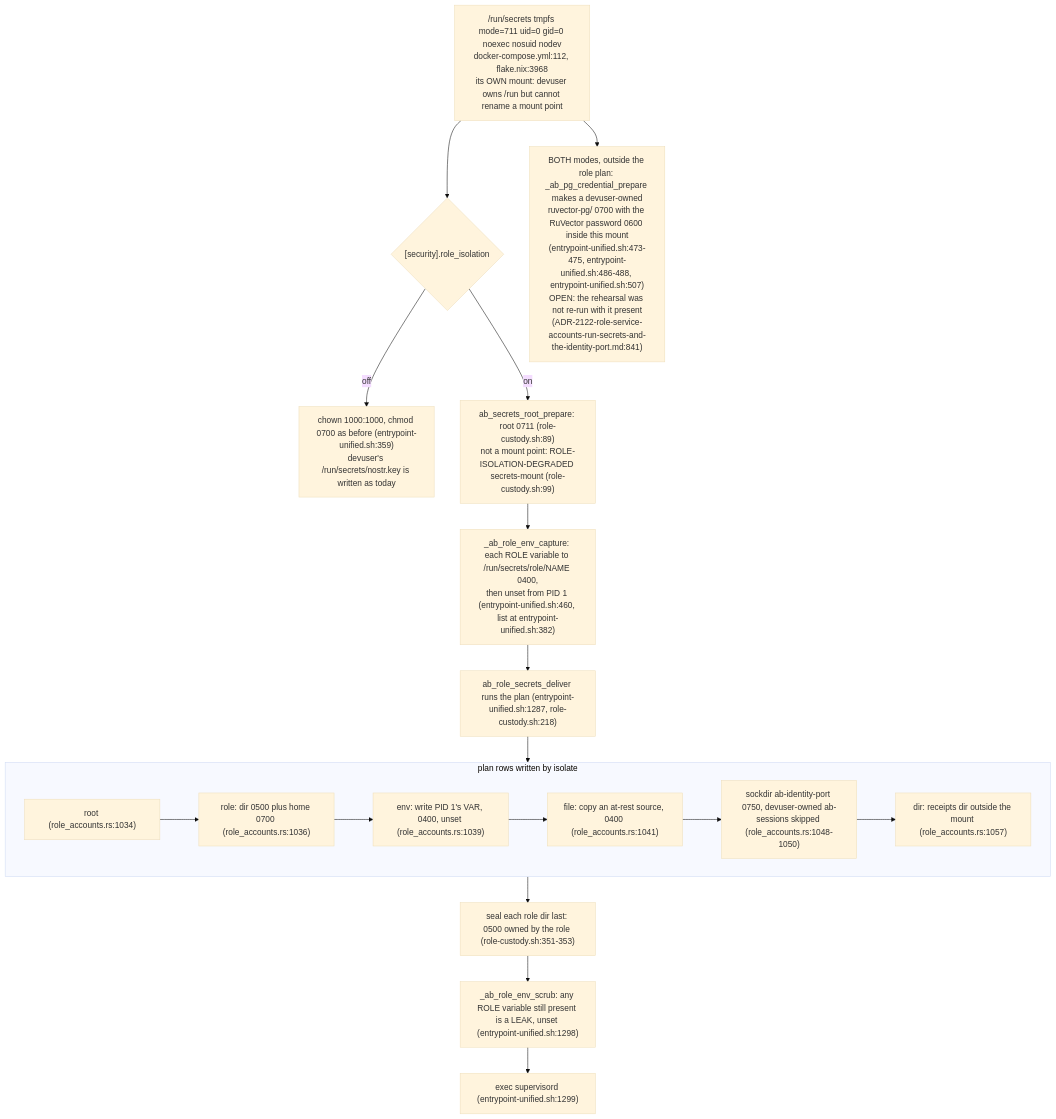
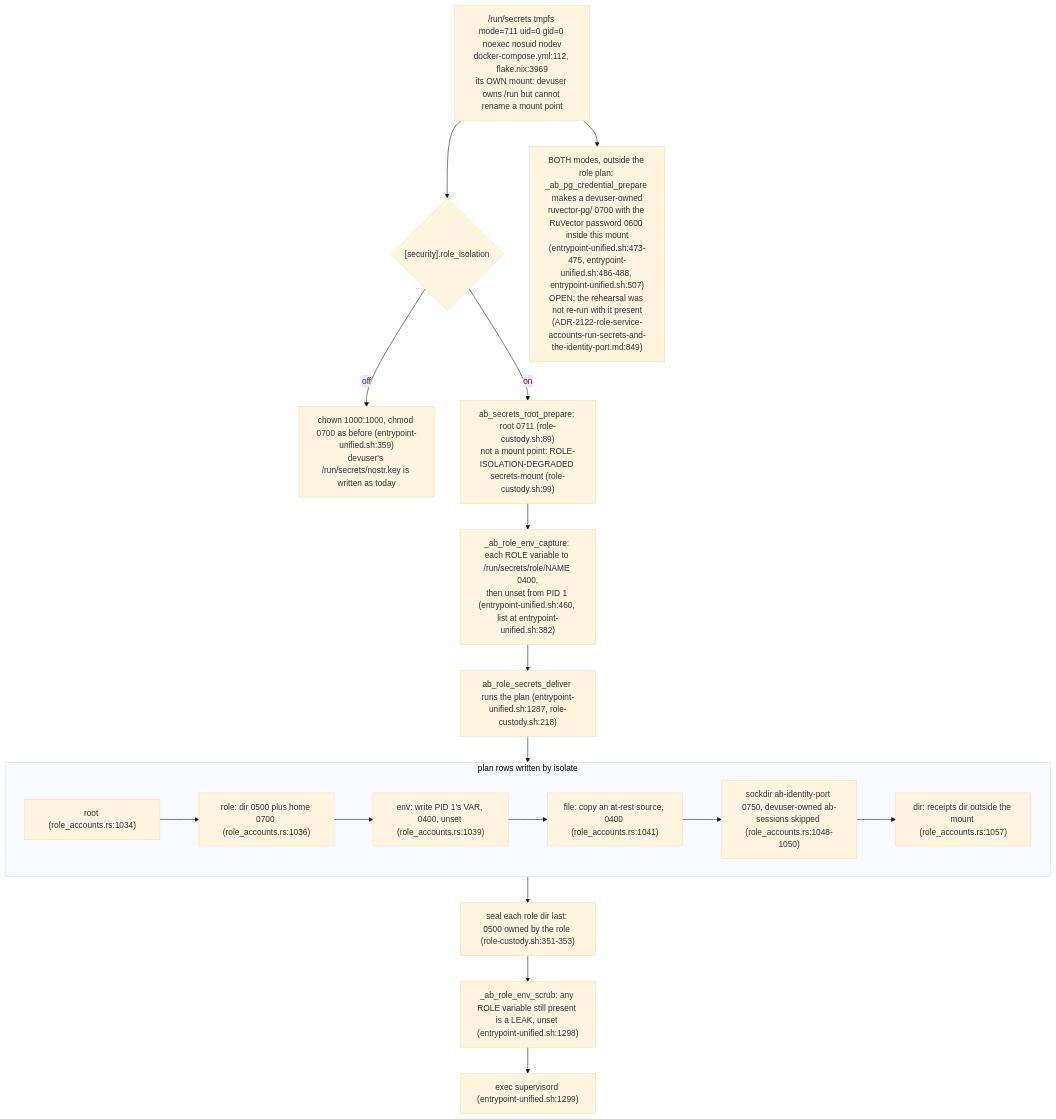
The third of 7 diagrams in docs/diagrams/agentbox/36-role-isolation-and-identity-port.md (DreamLab-AI/VisionFlow), drawn with Mermaid (base theme) before and after one commit. The commit also changed other lines of this file and 7 other files, not shown here.

First line of the commit message:
diagrams(agentbox): re-verify AB-36..AB-43 at agentbox 59b1aca

````diff
--- a/docs/diagrams/agentbox/36-role-isolation-and-identity-port.md
+++ b/docs/diagrams/agentbox/36-role-isolation-and-identity-port.md
@@ -129,23 +129,23 @@
 ```mermaid
 flowchart TB
-    MNT["/run/secrets tmpfs mode=711 uid=0 gid=0 noexec nosuid nodev<br/>docker-compose.yml:112, flake.nix:3968<br/>its OWN mount: devuser owns /run but cannot rename a mount point"]
+    MNT["/run/secrets tmpfs mode=711 uid=0 gid=0 noexec nosuid nodev<br/>docker-compose.yml:112, flake.nix:3969<br/>its OWN mount: devuser owns /run but cannot rename a mount point"]
     MNT --> MODE{"[security].role_isolation"}
     MODE -->|"off"| OFF["chown 1000:1000, chmod 0700 as before (entrypoint-unified.sh:359)<br/>devuser's /run/secrets/nostr.key is written as today"]
     MODE -->|"on"| PREP["ab_secrets_root_prepare: root 0711 (role-custody.sh:89)<br/>not a mount point: ROLE-ISOLATION-DEGRADED secrets-mount (role-custody.sh:99)"]
     PREP --> CAP["_ab_role_env_capture: each ROLE variable to /run/secrets/role/NAME 0400,<br/>then unset from PID 1 (entrypoint-unified.sh:460, list at entrypoint-unified.sh:382)"]
     CAP --> DEL["ab_role_secrets_deliver runs the plan (entrypoint-unified.sh:1287, role-custody.sh:218)"]
     subgraph PLAN["plan rows written by isolate"]
         P1["root (role_accounts.rs:1034)"]
         P2["role: dir 0500 plus home 0700 (role_accounts.rs:1036)"]
         P3["env: write PID 1's VAR, 0400, unset (role_accounts.rs:1039)"]
         P4["file: copy an at-rest source, 0400 (role_accounts.rs:1041)"]
         P5["sockdir ab-identity-port 0750, devuser-owned ab-sessions skipped (role_accounts.rs:1048-1050)"]
         P6["dir: receipts dir outside the mount (role_accounts.rs:1057)"]
         P1 --> P2 --> P3 --> P4 --> P5 --> P6
     end
     DEL --> PLAN
     PLAN --> SEAL["seal each role dir last: 0500 owned by the role (role-custody.sh:351-353)"]
     SEAL --> SCRUB["_ab_role_env_scrub: any ROLE variable still present is a LEAK, unset (entrypoint-unified.sh:1298)"]
     SCRUB --> X["exec supervisord (entrypoint-unified.sh:1299)"]
-    MNT --> PG["BOTH modes, outside the role plan: _ab_pg_credential_prepare makes a devuser-owned<br/>ruvector-pg/ 0700 with the RuVector password 0600 inside this mount<br/>(entrypoint-unified.sh:473-475, entrypoint-unified.sh:486-488, entrypoint-unified.sh:507)<br/>OPEN: the rehearsal was not re-run with it present<br/>(ADR-2122-role-service-accounts-run-secrets-and-the-identity-port.md:841)"]
+    MNT --> PG["BOTH modes, outside the role plan: _ab_pg_credential_prepare makes a devuser-owned<br/>ruvector-pg/ 0700 with the RuVector password 0600 inside this mount<br/>(entrypoint-unified.sh:473-475, entrypoint-unified.sh:486-488, entrypoint-unified.sh:507)<br/>OPEN: the rehearsal was not re-run with it present<br/>(ADR-2122-role-service-accounts-run-secrets-and-the-identity-port.md:849)"]
 ```
````
